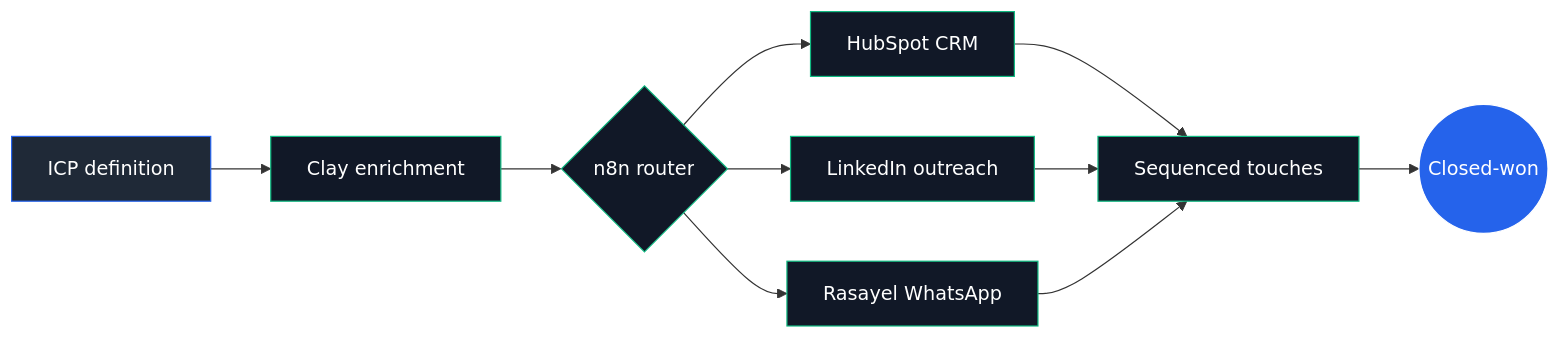
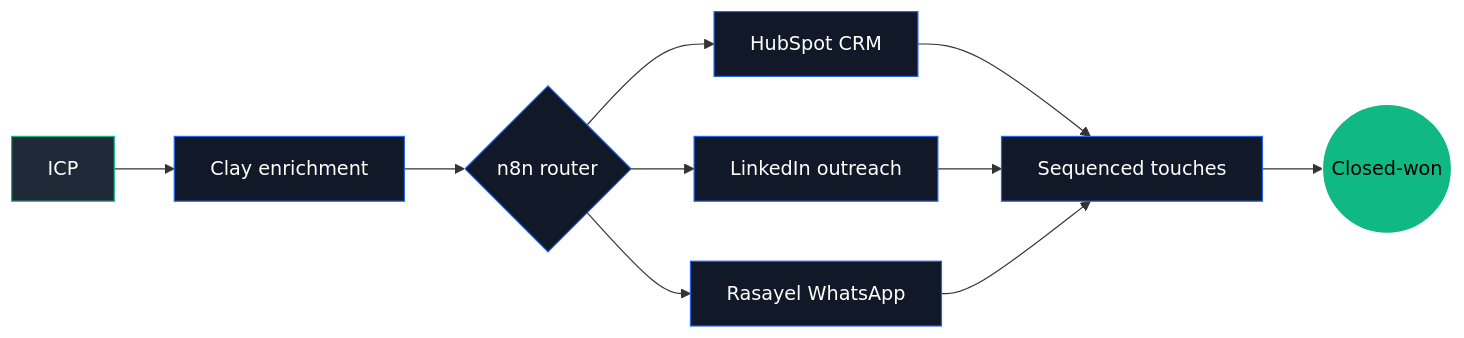
One commit to lombazz/lombazz changed the second of 2 diagrams in README.md. Above: the diagram before and after it, drawn with Mermaid. The commit also changed other lines of this file, not shown here.

Commit message:
Redesign: stats dashboard + timeline, drop YAML and mindmap

````diff
--- a/README.md
+++ b/README.md
@@ -30,19 +49,19 @@
 ```mermaid
 flowchart LR
-    A[ICP definition] --> B[Clay enrichment]
+    A[ICP] --> B[Clay enrichment]
     B --> C{n8n router}
     C --> D[HubSpot CRM]
     C --> E[LinkedIn outreach]
     C --> F[Rasayel WhatsApp]
     D --> G[Sequenced touches]
     E --> G
     F --> G
     G --> H((Closed-won))
 
-    classDef src fill:#1f2937,stroke:#2563EB,color:#fff
-    classDef tool fill:#111827,stroke:#10B981,color:#fff
-    classDef end_ fill:#2563EB,stroke:#fff,color:#fff
+    classDef src fill:#1f2937,stroke:#10B981,color:#fff
+    classDef tool fill:#111827,stroke:#2563EB,color:#fff
+    classDef end_ fill:#10B981,stroke:#fff,color:#000
     class A src
     class B,C,D,E,F,G tool
     class H end_
 ```
````
